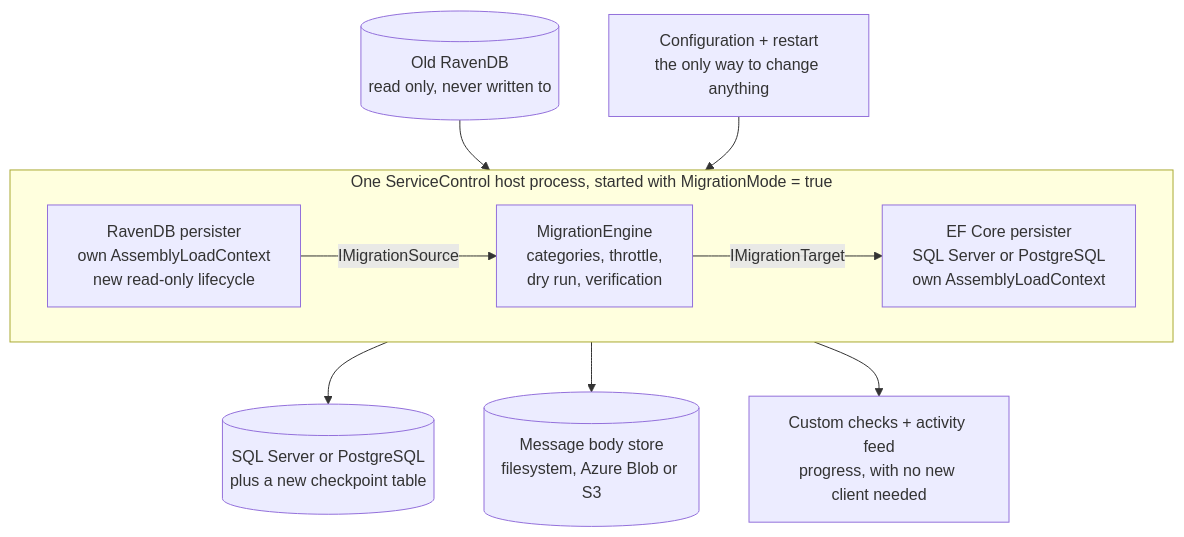
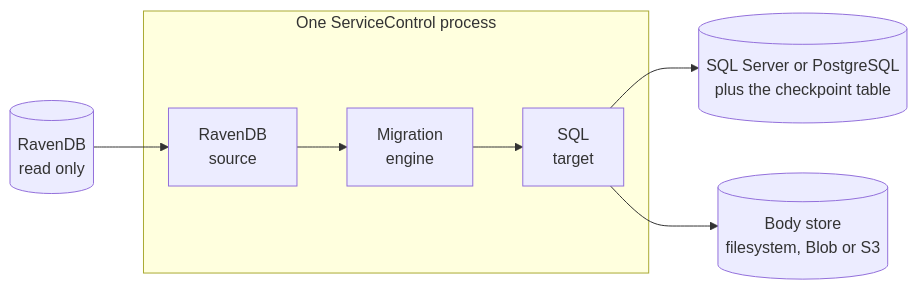
One commit to Particular/ServiceControl changed the third of 5 diagrams in docs/migration/ravendb-to-sql-migration-overview.md. Above: the diagram before and after it, drawn with Mermaid. The commit also changed other lines of this file and 148 other files, not shown here.

First line of the commit message:
[Migration Engine Part 2] Add a migration checkpoint table to SQL Server and PostgreSQL (#5897)

````diff
--- a/docs/migration/ravendb-to-sql-migration-overview.md
+++ b/docs/migration/ravendb-to-sql-migration-overview.md
@@ -92,24 +77,9 @@
 ```mermaid
-flowchart TB
-    cfg["Configuration + restart<br/>the only way to change anything"]
-    checks["Custom checks + activity feed<br/>progress, with no new client needed"]
-
-    subgraph host["One ServiceControl host process, started with MigrationMode = true"]
-        direction LR
-        raven["RavenDB persister<br/>own AssemblyLoadContext<br/>new read-only lifecycle"]
-        engine["MigrationEngine<br/>categories, throttle,<br/>dry run, verification"]
-        target["EF Core persister<br/>SQL Server or PostgreSQL<br/>own AssemblyLoadContext"]
-        raven -->|"IMigrationSource"| engine
-        engine -->|"IMigrationTarget"| target
+flowchart LR
+    subgraph host["One ServiceControl process"]
+        src["RavenDB<br/>source"] --> eng["Migration<br/>engine"] --> tgt["SQL<br/>target"]
     end
-
-    old[("Old RavenDB<br/>read only, never written to")]
-    sql[("SQL Server or PostgreSQL<br/>plus a new checkpoint table")]
-    bodies[("Message body store<br/>filesystem, Azure Blob or S3")]
-
-    cfg --> host
-    host --> checks
-    old --> raven
-    target --> sql
-    target --> bodies
+    old[("RavenDB<br/>read only")] --> src
+    tgt --> sql[("SQL Server or PostgreSQL<br/>plus the checkpoint table")]
+    tgt --> bod[("Body store<br/>filesystem, Blob or S3")]
 ```
````
